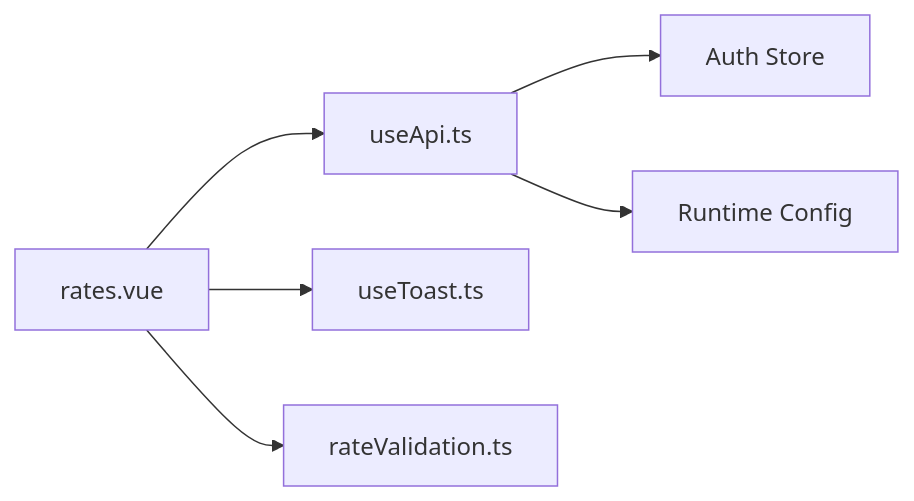
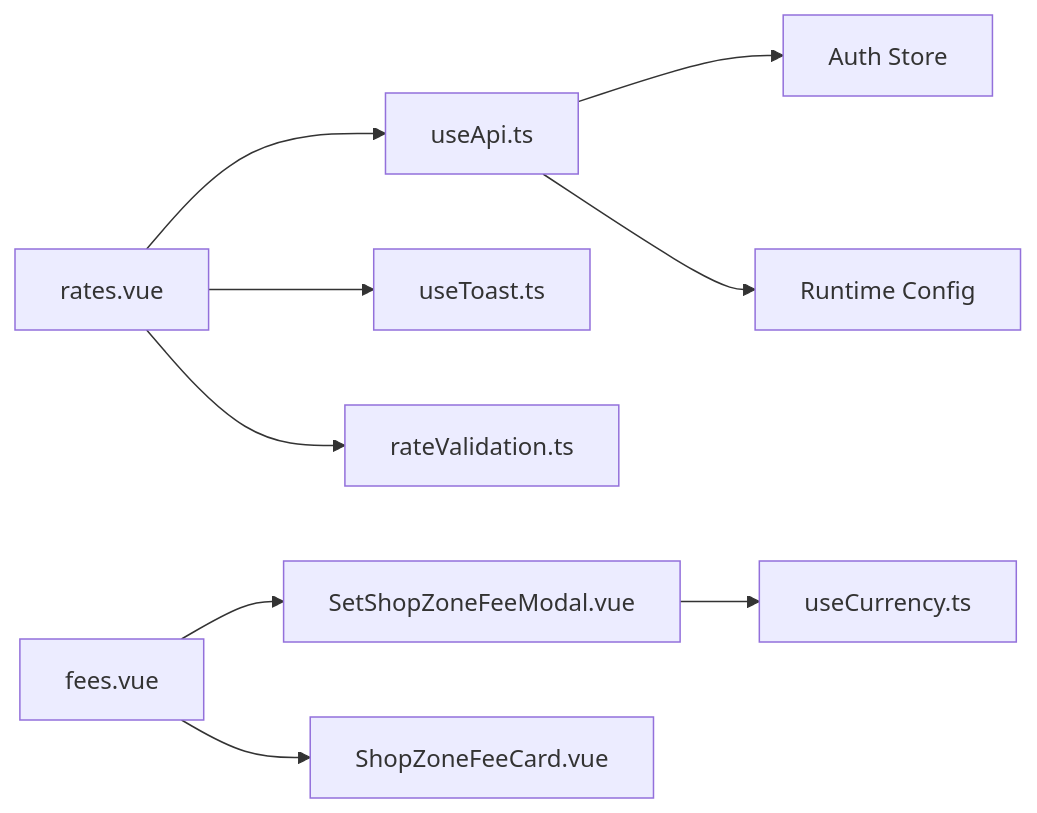
One commit to Lazynerd-Studios/lacarte-atlas-console changed the fifth of 5 diagrams in .qoder/repowiki/en/content/Business Modules/Billing & Subscriptions/Rate Management System.md. Above: the diagram before and after it, drawn with Mermaid. The commit also changed other lines of this file and 32 other files, not shown here.

````diff
--- a/.qoder/repowiki/en/content/Business Modules/Billing & Subscriptions/Rate Management System.md
+++ b/.qoder/repowiki/en/content/Business Modules/Billing & Subscriptions/Rate Management System.md
@@ -282,8 +379,11 @@
 ```mermaid
 graph LR
 RatesVue["rates.vue"] --> UseApi["useApi.ts"]
 RatesVue --> UseToast["useToast.ts"]
 RatesVue --> RateValidation["rateValidation.ts"]
+FeesVue["fees.vue"] --> SetShopFeeModal["SetShopZoneFeeModal.vue"]
+FeesVue --> ShopFeeCard["ShopZoneFeeCard.vue"]
+SetShopFeeModal --> UseCurrency["useCurrency.ts"]
 UseApi --> AuthStore["Auth Store"]
 UseApi --> RuntimeConfig["Runtime Config"]
 ```
````
